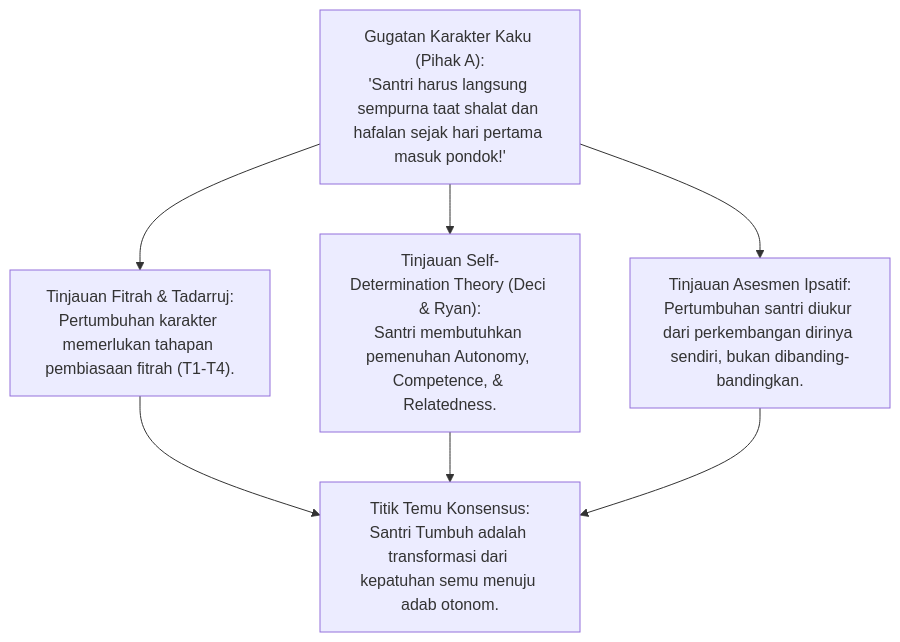
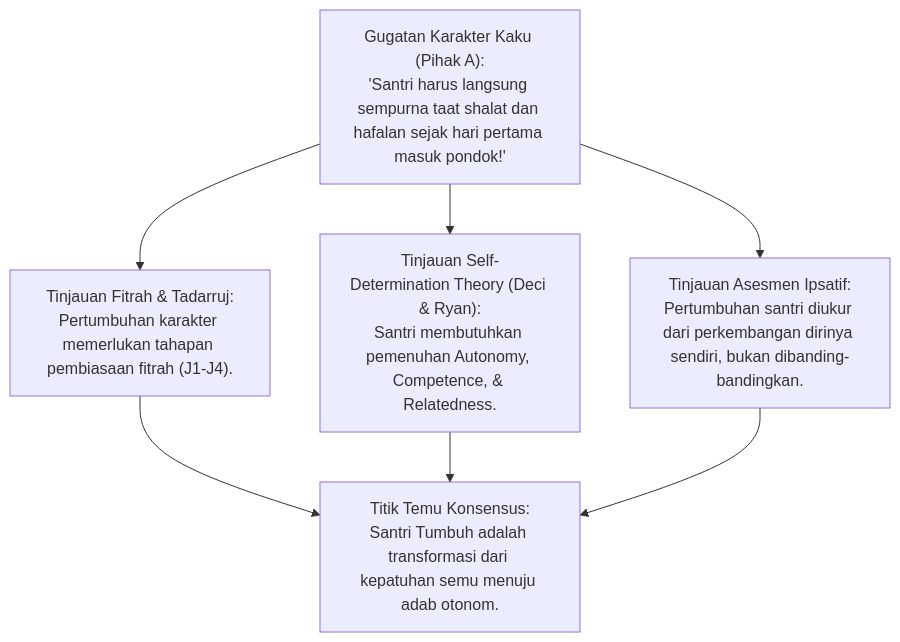
Before and after one commit to wandiapriliyandi/tumbuh: the third of 9 diagrams in 02 Principles/01 Core Principles/P2-01-01-Prinsip-Triad-Pertumbuhan-Simbiotik.md, drawn with Mermaid. The commit also changed other lines of this file and 209 other files, not shown here.

````diff
--- a/02 Principles/01 Core Principles/P2-01-01-Prinsip-Triad-Pertumbuhan-Simbiotik.md
+++ b/02 Principles/01 Core Principles/P2-01-01-Prinsip-Triad-Pertumbuhan-Simbiotik.md
@@ -131,8 +131,8 @@
 ```mermaid
 graph TD
     A["Gugatan Karakter Kaku (Pihak A):<br/>'Santri harus langsung sempurna taat shalat dan hafalan sejak hari pertama masuk pondok!'"]
-    --> B1["Tinjauan Fitrah & Tadarruj:<br/>Pertumbuhan karakter memerlukan tahapan pembiasaan fitrah (T1-T4)."]
+    --> B1["Tinjauan Fitrah & Tadarruj:<br/>Pertumbuhan karakter memerlukan tahapan pembiasaan fitrah (J1-J4)."]
     A --> B2["Tinjauan Self-Determination Theory (Deci & Ryan):<br/>Santri membutuhkan pemenuhan Autonomy, Competence, & Relatedness."]
     A --> B3["Tinjauan Asesmen Ipsatif:<br/>Pertumbuhan santri diukur dari perkembangan dirinya sendiri, bukan dibanding-bandingkan."]
     B1 & B2 & B3 --> C["Titik Temu Konsensus:<br/>Santri Tumbuh adalah transformasi dari kepatuhan semu menuju adab otonom."]
 ```
````
